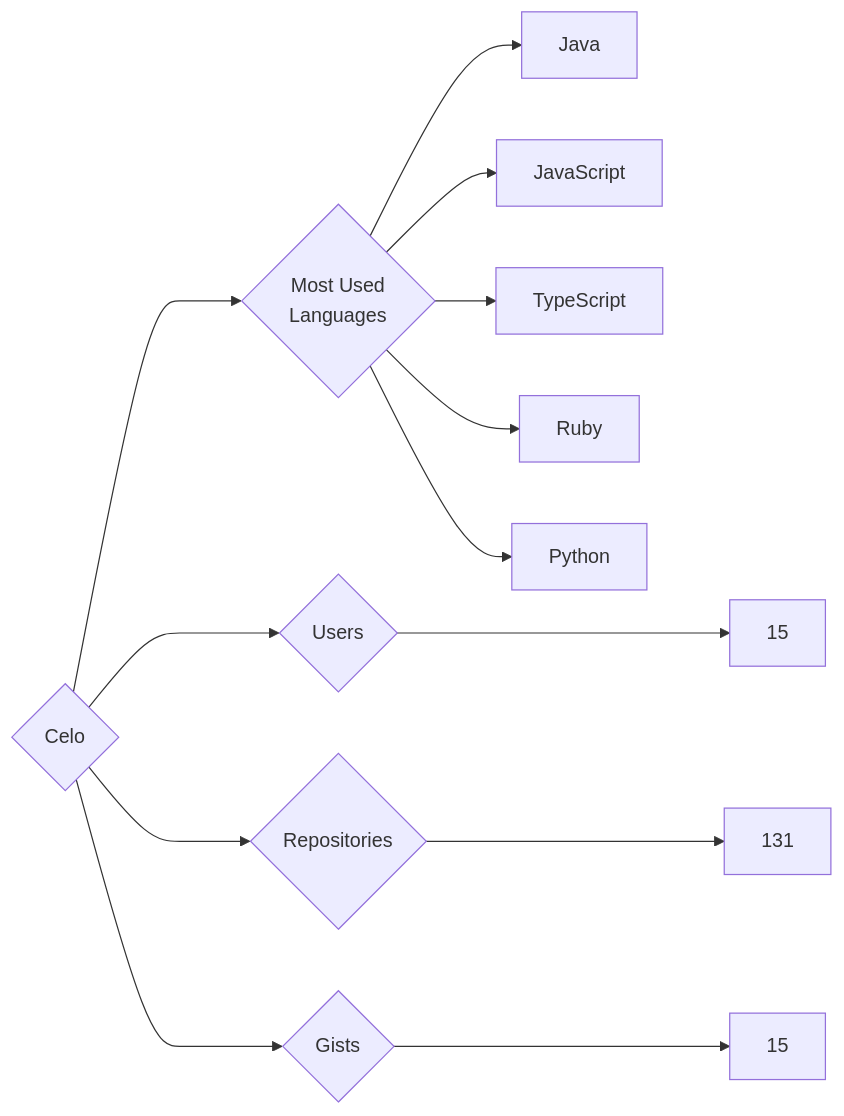
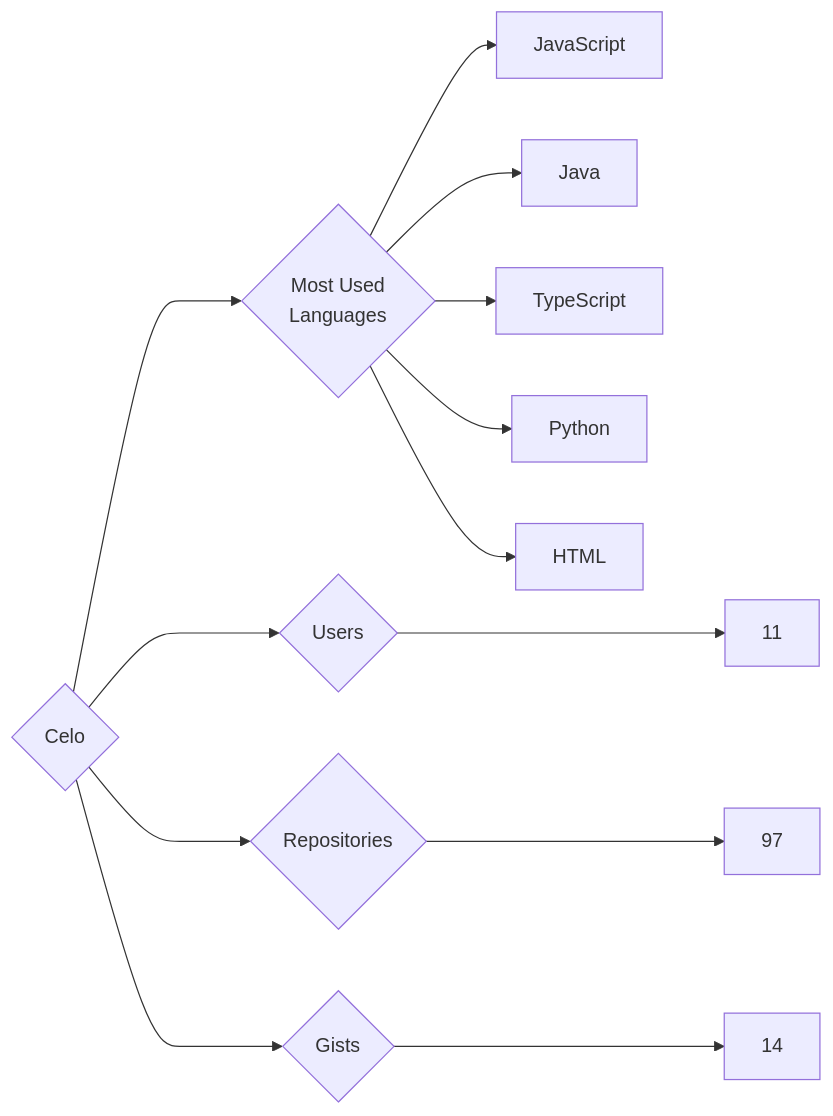
One commit to trickest/insiders changed the diagram in targets/Celo/README.md. Above: the diagram before and after it, drawn with Mermaid. The commit also changed 899 other files, not shown here.

````diff
--- a/targets/Celo/README.md
+++ b/targets/Celo/README.md
@@ -3,13 +3,13 @@
 ```mermaid
 graph LR
 COMPANY_NAME{Celo}
-COMPANY_NAME ---> U{Users} ---> UN[15]
-COMPANY_NAME ---> R{Repositories} ---> RN[131]
-COMPANY_NAME ---> G{Gists} ---> GN[15]
+COMPANY_NAME ---> U{Users} ---> UN[11]
+COMPANY_NAME ---> R{Repositories} ---> RN[97]
+COMPANY_NAME ---> G{Gists} ---> GN[14]
 COMPANY_NAME ---> ML{Most Used<br>Languages}
+ML --> JavaScript[JavaScript]
 ML --> Java[Java]
-ML --> JavaScript[JavaScript]
 ML --> TypeScript[TypeScript]
-ML --> Ruby[Ruby]
 ML --> Python[Python]
+ML --> HTML[HTML]
 ```
````
